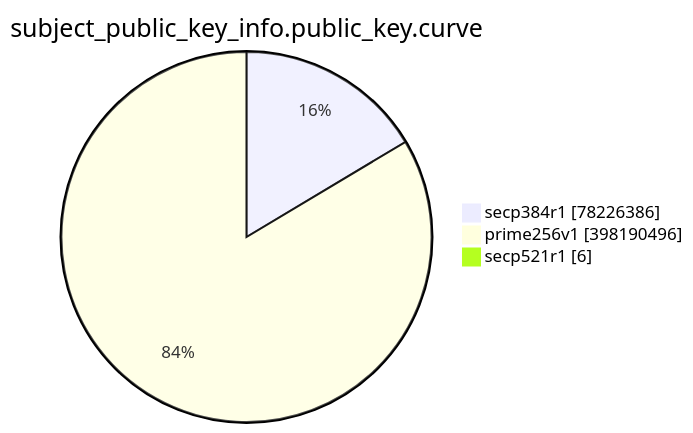
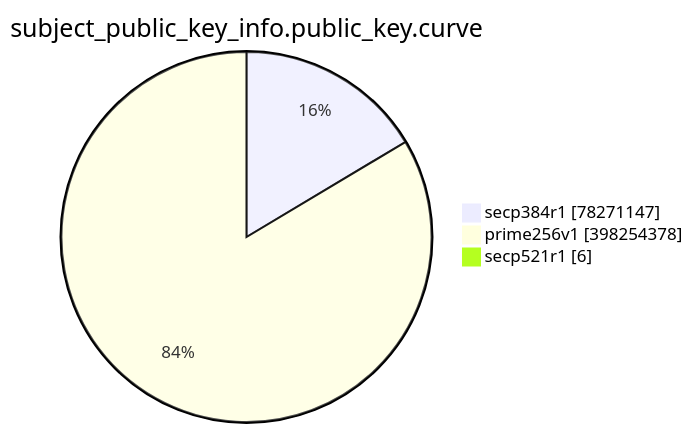
One commit to christiankrug/ctmonitor_visualization changed the eighth of 15 diagrams in TOTAL/README.md. Above: the diagram before and after it, drawn with Mermaid. The commit also changed other lines of this file, not shown here.

````diff
--- a/TOTAL/README.md
+++ b/TOTAL/README.md
@@ -3095,7 +3095,7 @@
 ```mermaid
 pie showData
 title subject_public_key_info.public_key.curve
-"secp384r1" :78226386
-"prime256v1" :398190496
+"secp384r1" :78271147
+"prime256v1" :398254378
 "secp521r1" :6
 ```
````
